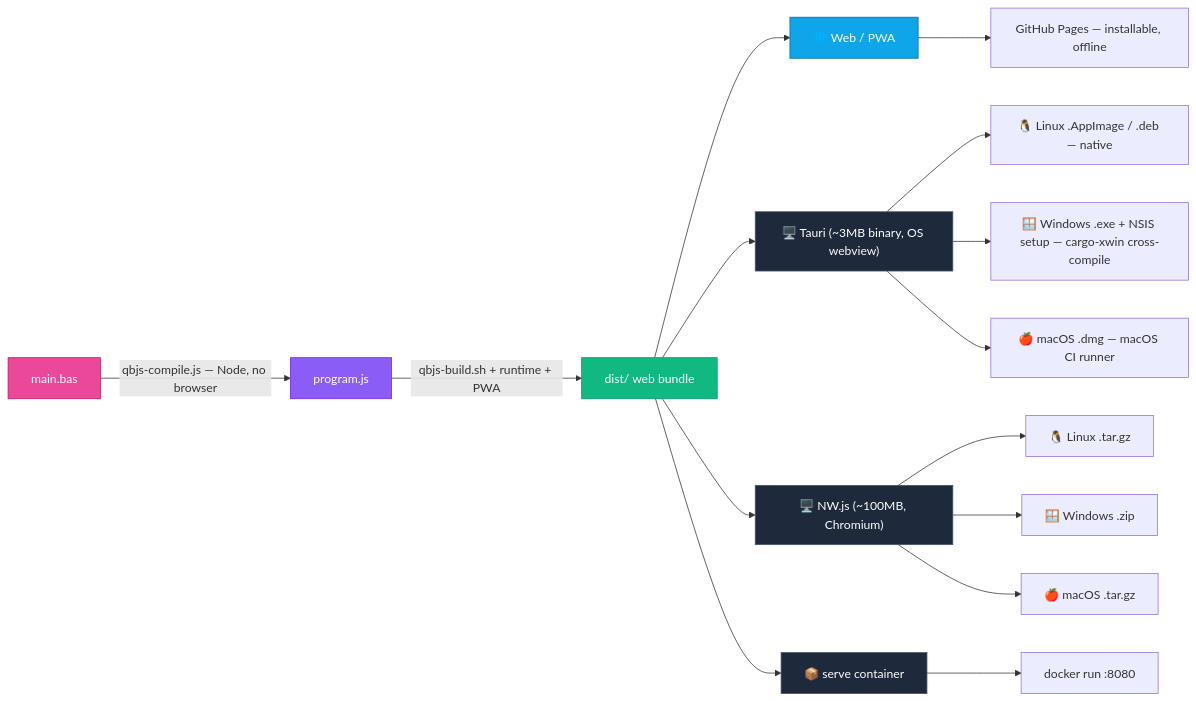
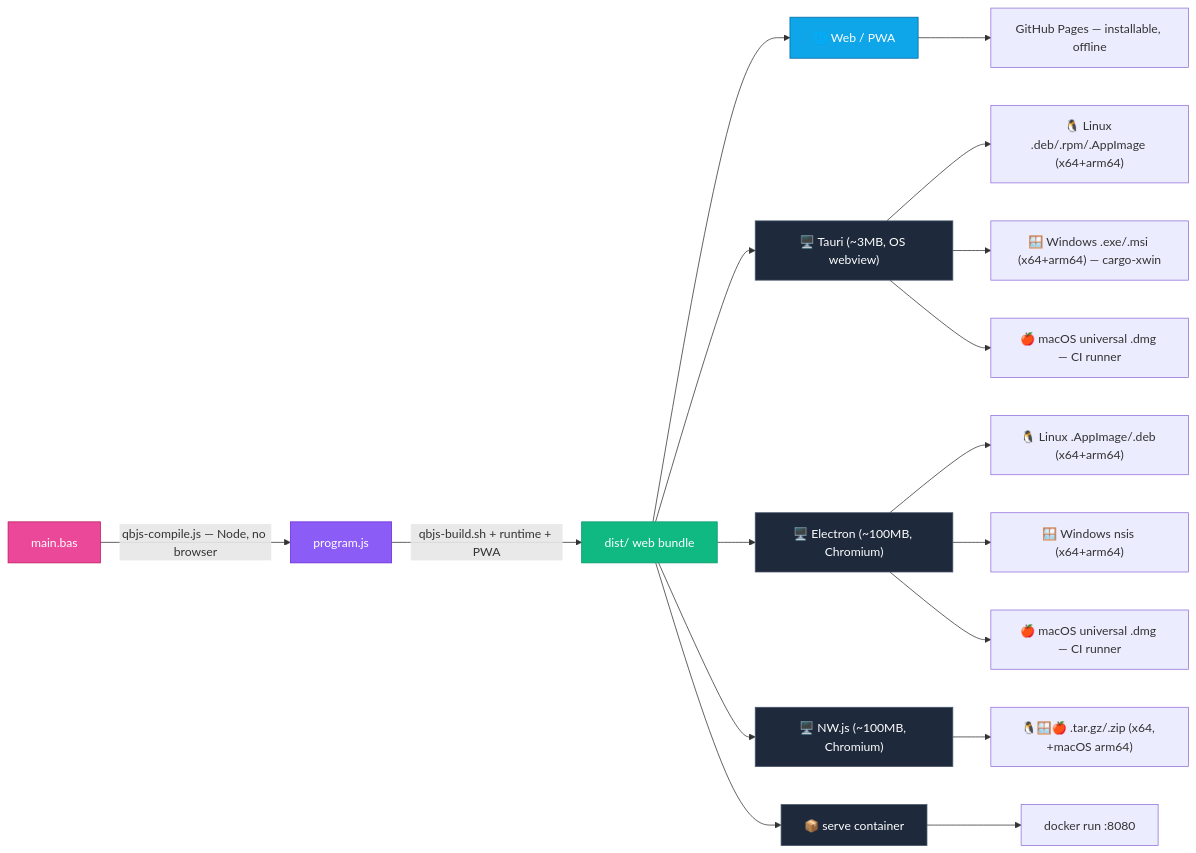
One commit to grymmjack/qbjs-docker changed the diagram in README.md. Above: the diagram before and after it, drawn with Mermaid. The commit also changed other lines of this file and 8 other files, not shown here.

First line of the commit message:
Add Electron as a first-class native target

````diff
--- a/README.md
+++ b/README.md
@@ -36,29 +36,33 @@
 ```mermaid
 graph LR
     A["main.bas"] -->|"qbjs-compile.js — Node, no browser"| B["program.js"]
     B -->|"qbjs-build.sh + runtime + PWA"| C["dist/ web bundle"]
 
     C --> W["🌐 Web / PWA"]
-    C --> T["🖥️ Tauri (~3MB binary, OS webview)"]
+    C --> T["🖥️ Tauri (~3MB, OS webview)"]
+    C --> E["🖥️ Electron (~100MB, Chromium)"]
     C --> N["🖥️ NW.js (~100MB, Chromium)"]
     C --> S["📦 serve container"]
 
     W --> WP["GitHub Pages — installable, offline"]
     S --> SP["docker run :8080"]
 
-    T --> TL["🐧 Linux .AppImage / .deb — native"]
-    T --> TW["🪟 Windows .exe + NSIS setup — cargo-xwin cross-compile"]
-    T --> TM["🍎 macOS .dmg — macOS CI runner"]
+    T --> TL["🐧 Linux .deb/.rpm/.AppImage (x64+arm64)"]
+    T --> TW["🪟 Windows .exe/.msi (x64+arm64) — cargo-xwin"]
+    T --> TM["🍎 macOS universal .dmg — CI runner"]
 
-    N --> NL["🐧 Linux .tar.gz"]
-    N --> NW2["🪟 Windows .zip"]
-    N --> NM["🍎 macOS .tar.gz"]
+    E --> EL["🐧 Linux .AppImage/.deb (x64+arm64)"]
+    E --> EW["🪟 Windows nsis (x64+arm64)"]
+    E --> EM["🍎 macOS universal .dmg — CI runner"]
+
+    N --> NX["🐧🪟🍎 .tar.gz/.zip (x64, +macOS arm64)"]
 
     style A fill:#ec4899,stroke:#be185d,color:#fff
     style B fill:#8b5cf6,stroke:#6d28d9,color:#fff
     style C fill:#10b981,stroke:#059669,color:#fff
     style W fill:#0ea5e9,stroke:#0369a1,color:#fff
     style T fill:#1e293b,stroke:#475569,color:#fff
+    style E fill:#1e293b,stroke:#475569,color:#fff
     style N fill:#1e293b,stroke:#475569,color:#fff
     style S fill:#1e293b,stroke:#475569,color:#fff
 ```
````
